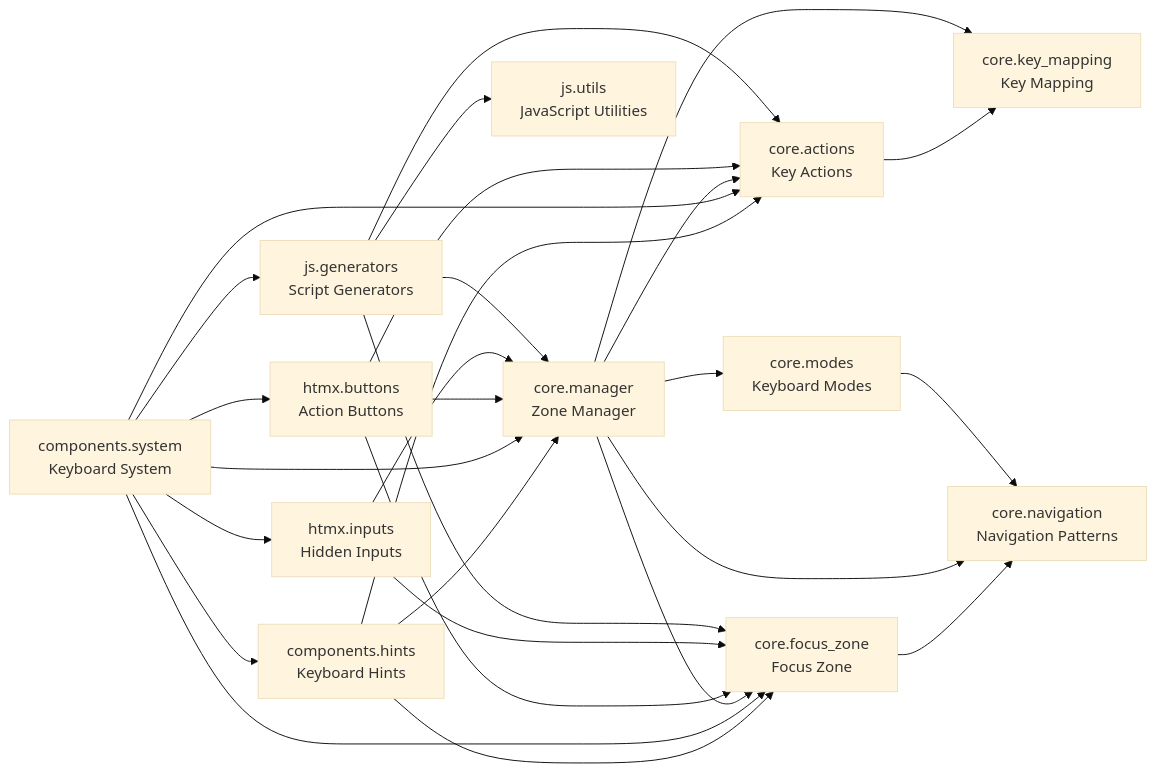
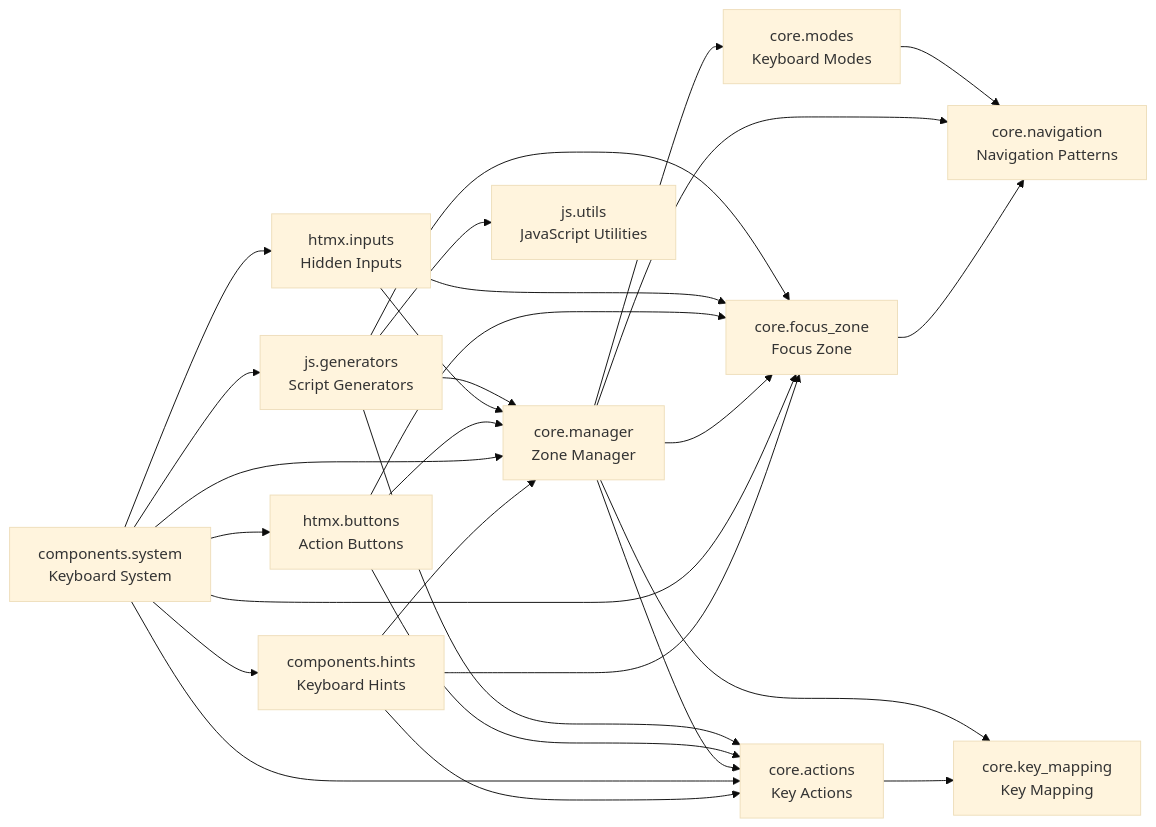
The diagram in README.md (cj-mills/cjm-fasthtml-keyboard-navigation), drawn with Mermaid (base theme) before and after one commit. The commit also changed other lines of this file and 9 other files, not shown here.

````diff
--- a/README.md
+++ b/README.md
@@ -36,43 +36,43 @@
 ``` mermaid
 graph LR
     components_hints[components.hints<br/>Keyboard Hints]
     components_system[components.system<br/>Keyboard System]
     core_actions[core.actions<br/>Key Actions]
     core_focus_zone[core.focus_zone<br/>Focus Zone]
     core_key_mapping[core.key_mapping<br/>Key Mapping]
     core_manager[core.manager<br/>Zone Manager]
     core_modes[core.modes<br/>Keyboard Modes]
     core_navigation[core.navigation<br/>Navigation Patterns]
     htmx_buttons[htmx.buttons<br/>Action Buttons]
     htmx_inputs[htmx.inputs<br/>Hidden Inputs]
     js_generators[js.generators<br/>Script Generators]
     js_utils[js.utils<br/>JavaScript Utilities]
 
     components_hints --> core_actions
+    components_hints --> core_manager
     components_hints --> core_focus_zone
-    components_hints --> core_manager
     components_system --> htmx_buttons
+    components_system --> core_actions
+    components_system --> htmx_inputs
+    components_system --> core_manager
     components_system --> components_hints
     components_system --> js_generators
-    components_system --> htmx_inputs
     components_system --> core_focus_zone
-    components_system --> core_actions
-    components_system --> core_manager
     core_actions --> core_key_mapping
     core_focus_zone --> core_navigation
-    core_manager --> core_key_mapping
     core_manager --> core_modes
-    core_manager --> core_focus_zone
     core_manager --> core_navigation
     core_manager --> core_actions
+    core_manager --> core_key_mapping
+    core_manager --> core_focus_zone
     core_modes --> core_navigation
-    htmx_buttons --> core_focus_zone
     htmx_buttons --> core_actions
     htmx_buttons --> core_manager
+    htmx_buttons --> core_focus_zone
+    htmx_inputs --> core_manager
     htmx_inputs --> core_focus_zone
-    htmx_inputs --> core_manager
     js_generators --> js_utils
-    js_generators --> core_focus_zone
     js_generators --> core_actions
     js_generators --> core_manager
+    js_generators --> core_focus_zone
 ```
````
